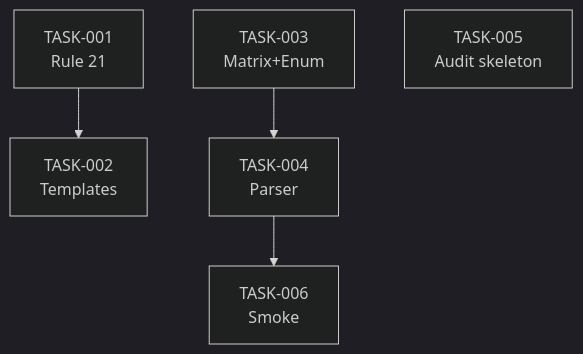
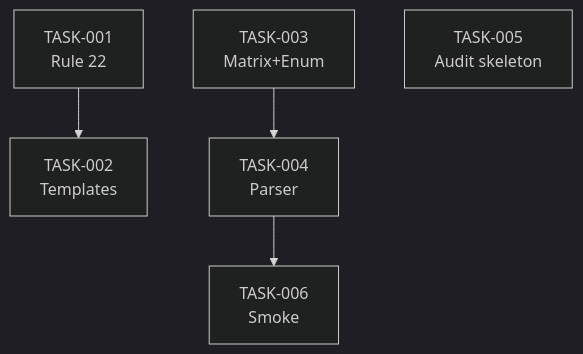
One commit to edercnj/ia-dev-environment changed the diagram in plans/epic-0046/plans/tasks-story-0046-0001.md. Above: the diagram before and after it, drawn with Mermaid (dark theme). The commit also changed other lines of this file and 123 other files, not shown here.

````diff
--- a/plans/epic-0046/plans/tasks-story-0046-0001.md
+++ b/plans/epic-0046/plans/tasks-story-0046-0001.md
@@ -25,12 +25,12 @@
 ```mermaid
 graph TD
-    T001["TASK-001<br/>Rule 21"]
+    T001["TASK-001<br/>Rule 22"]
     T002["TASK-002<br/>Templates"]
     T003["TASK-003<br/>Matrix+Enum"]
     T004["TASK-004<br/>Parser"]
     T005["TASK-005<br/>Audit skeleton"]
     T006["TASK-006<br/>Smoke"]
     T001 --> T002
     T003 --> T004
     T004 --> T006
 ```
````
